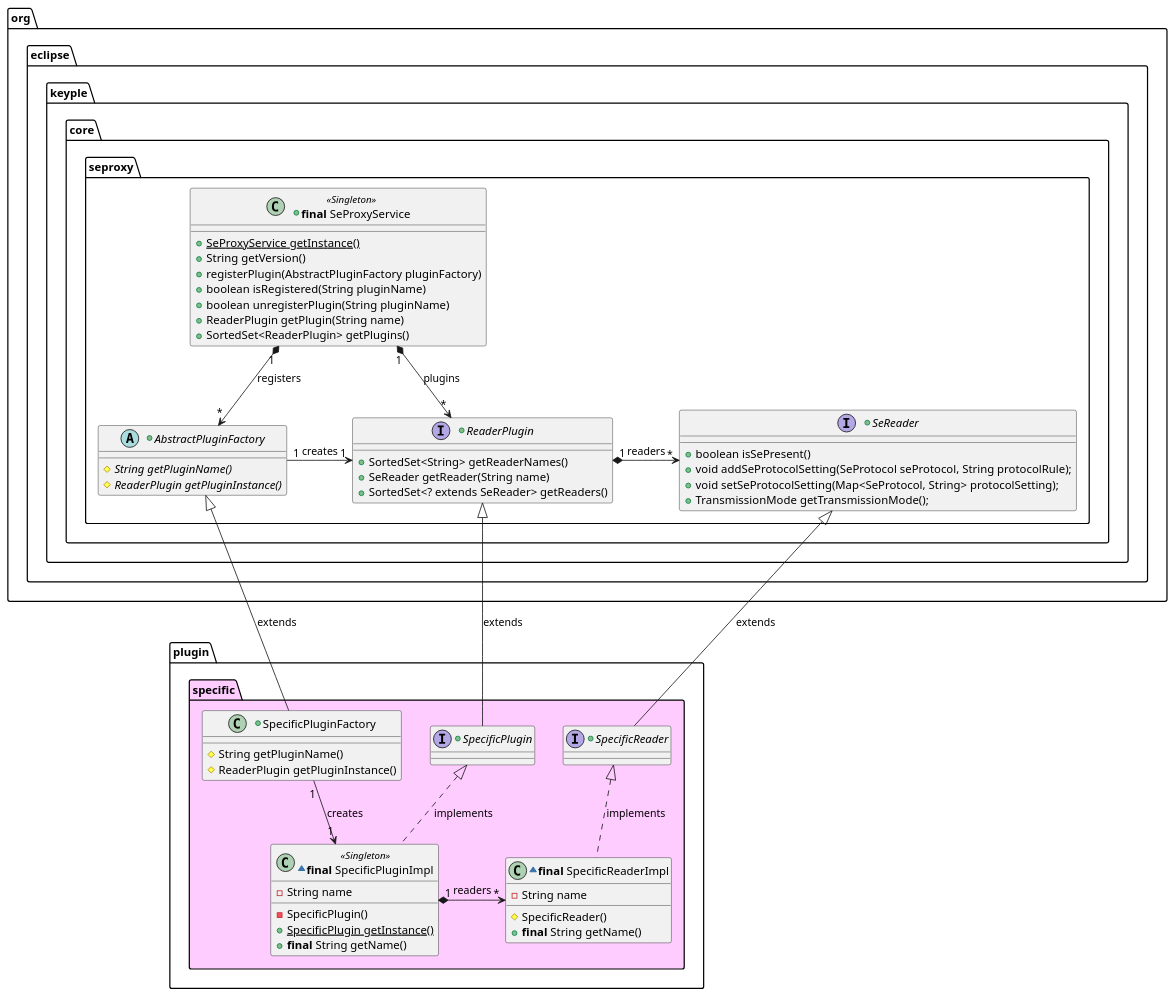
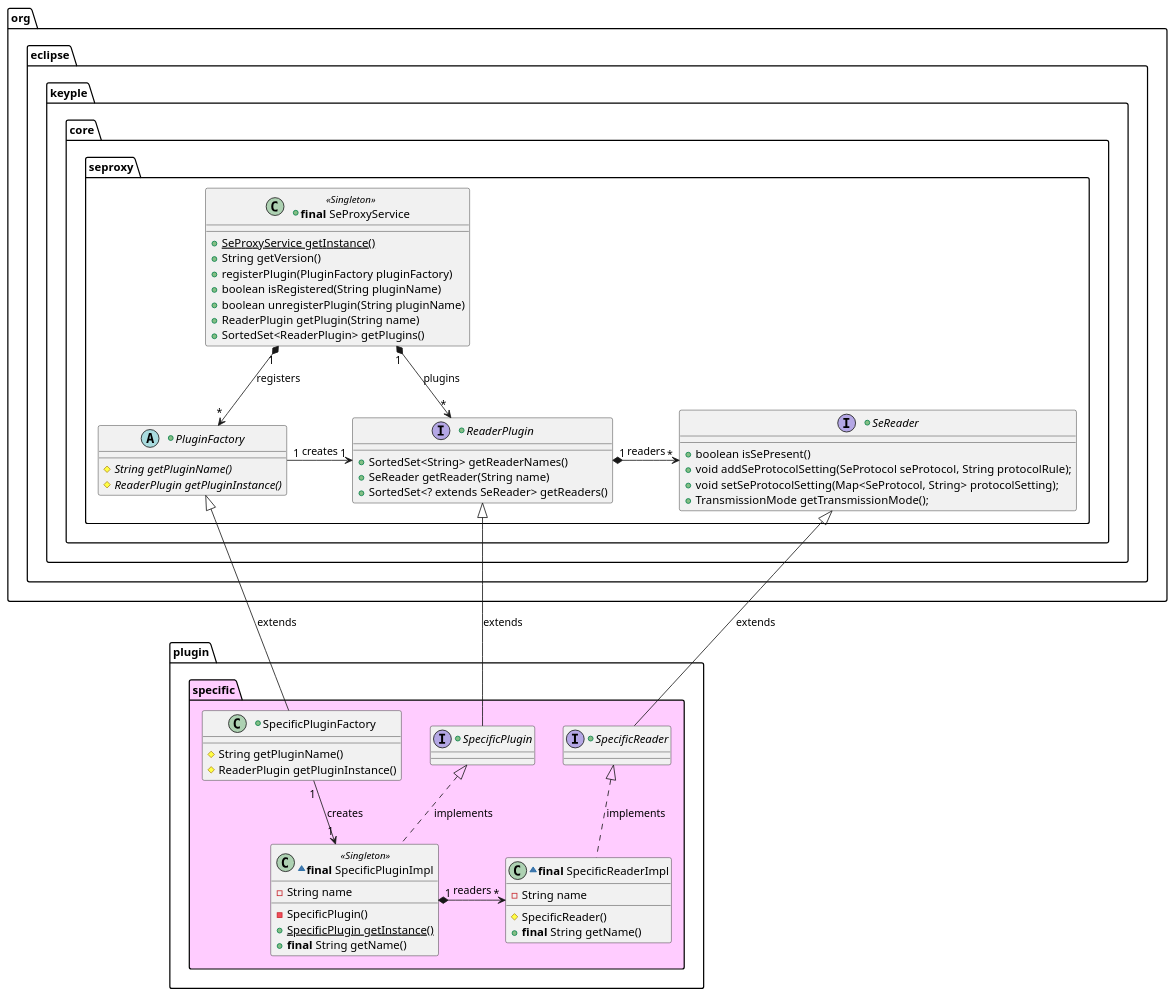
One commit to eclipse-keyple/keyple-java changed the diagram in docs/img/KeypleCore-1-SE_Proxy-PluginSetting.iuml. Above: the diagram before and after it, drawn with PlantUML. The commit also changed 16 other files, not shown here.

Commit message:
Refact: KEYP-108: Renammed AbstractPluginFactory to PluginFactory

```diff
--- a/docs/img/KeypleCore-1-SE_Proxy-PluginSetting.iuml
+++ b/docs/img/KeypleCore-1-SE_Proxy-PluginSetting.iuml
@@ -1,75 +1,75 @@
 @startuml
 
 package org.eclipse.keyple.core.seproxy #FFFFFF {
 
 +class "<b>final</b> SeProxyService" as SeProxyService << Singleton >> {
 	+{static}SeProxyService getInstance()
 	+String getVersion()
-	+registerPlugin(AbstractPluginFactory pluginFactory)
+	+registerPlugin(PluginFactory pluginFactory)
 	+boolean isRegistered(String pluginName)
 	+boolean unregisterPlugin(String pluginName)
 	+ReaderPlugin getPlugin(String name)
 	+SortedSet<ReaderPlugin> getPlugins()
 }
 
-+abstract AbstractPluginFactory {
++abstract PluginFactory {
 	{abstract} #String getPluginName()
 	{abstract} #ReaderPlugin getPluginInstance()
 }
 
 +interface ReaderPlugin {
 	+SortedSet<String> getReaderNames()
 	+SeReader getReader(String name)
 	+SortedSet<? extends SeReader> getReaders()
 }
 
 +interface SeReader {
 	+boolean isSePresent()
 	+void addSeProtocolSetting(SeProtocol seProtocol, String protocolRule);
 	+void setSeProtocolSetting(Map<SeProtocol, String> protocolSetting);
 	+TransmissionMode getTransmissionMode();
 }
 
 SeProxyService "1" *-down-> "*" ReaderPlugin : plugins
-SeProxyService "1" *--> "*" AbstractPluginFactory : registers
+SeProxyService "1" *--> "*" PluginFactory : registers
 ReaderPlugin "1" *-right-> "*" SeReader : readers
-AbstractPluginFactory "1" -right-> "1" ReaderPlugin : creates
+PluginFactory "1" -right-> "1" ReaderPlugin : creates
 }
 
 package plugin.specific #FFCCFF {
 
 +class SpecificPluginFactory {
 	#String getPluginName()
 	#ReaderPlugin getPluginInstance()
 }
 
 +interface SpecificPlugin {
 }
 
 +interface SpecificReader {
 }
 
 ~class "<b>final</b> SpecificPluginImpl" as SpecificPluginImpl << Singleton >> {
 	-String name
 	-SpecificPlugin()
 	+{static} SpecificPlugin getInstance()
 	+<b>final</b> String getName()
 '	+<b>final</b> List<SpecificReader> getReaders()
 }
 ~class "<b>final</b> SpecificReaderImpl" as SpecificReaderImpl {
 	-String name
 	#SpecificReader()
 	+<b>final</b> String getName()
 }
 }
 
-AbstractPluginFactory <|-- SpecificPluginFactory : extends
+PluginFactory <|-- SpecificPluginFactory : extends
 ReaderPlugin <|-- SpecificPlugin : extends
 SeReader <|-- SpecificReader : extends
 
 SpecificPlugin <|.down. SpecificPluginImpl : implements
 SpecificReader <|.. SpecificReaderImpl : implements
 
 SpecificPluginFactory "1" --> "1" SpecificPluginImpl : creates
 SpecificPluginImpl "1" *-right-> "*" SpecificReaderImpl : readers
 @enduml
```
